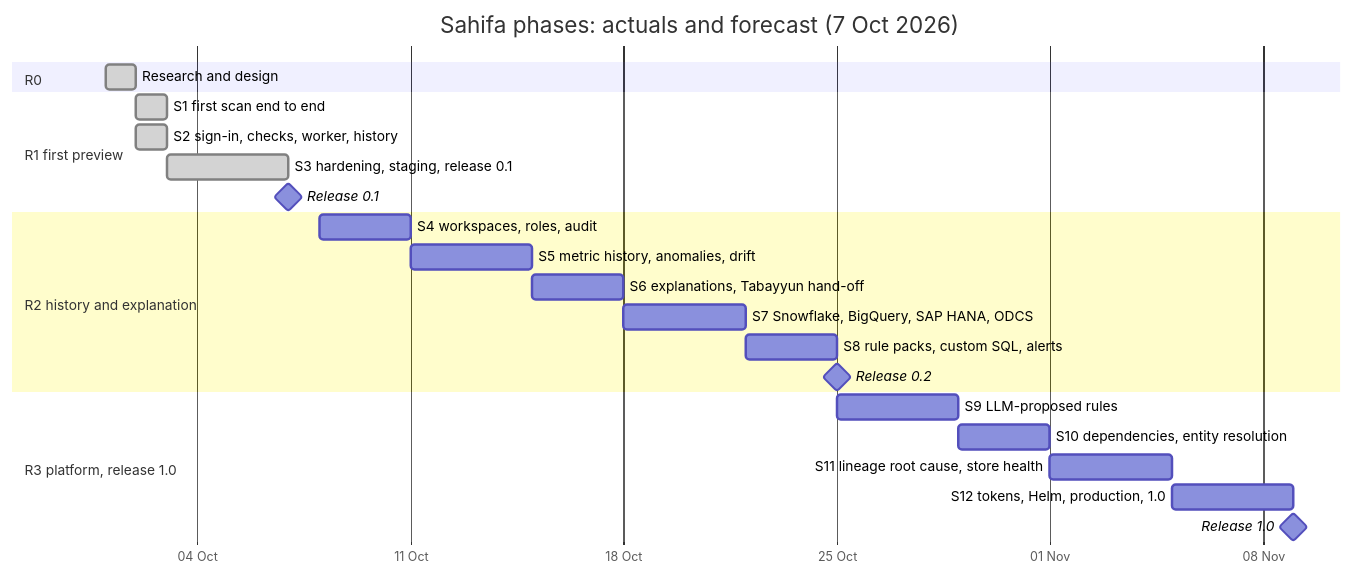
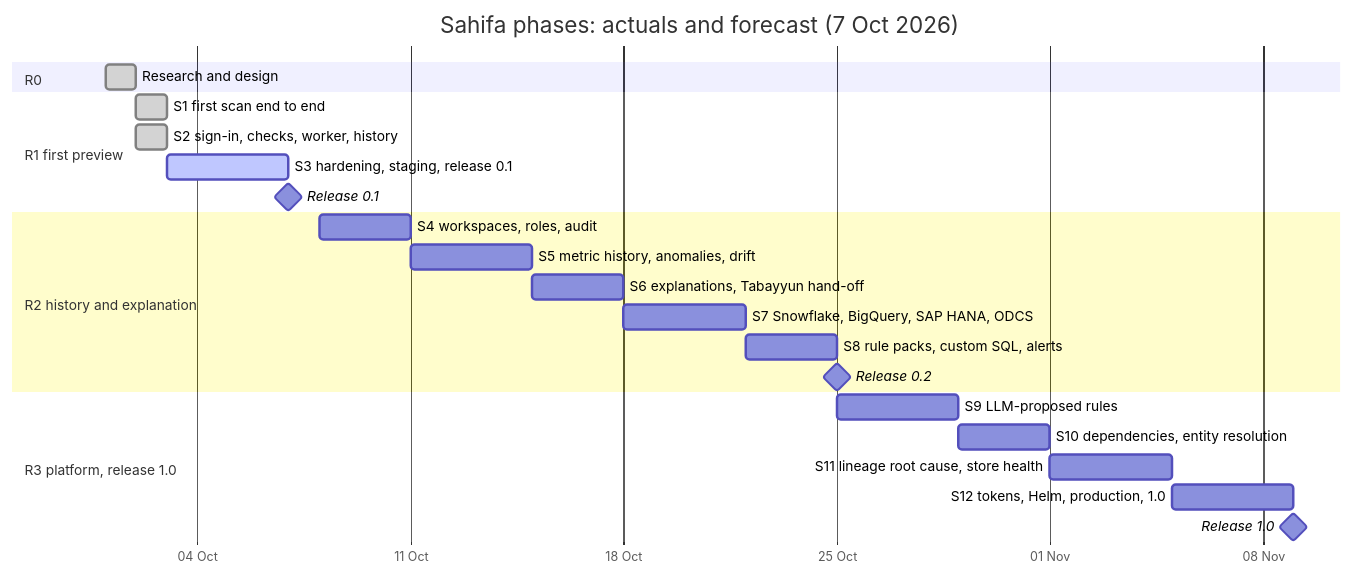
Before and after one commit to Sira-Labs/Sahifa: the diagram in docs/roadmap/roadmap.md, drawn with Mermaid. The commit also changed other lines of this file and 2 other files, not shown here.

First line of the commit message:
docs: release 0.1 in review until the tag; staging live, not yet checked by the owner

````diff
--- a/docs/roadmap/roadmap.md
+++ b/docs/roadmap/roadmap.md
@@ -56,26 +56,26 @@
 ```mermaid
 gantt
   title Sahifa phases: actuals and forecast (7 Oct 2026)
   dateFormat YYYY-MM-DD
   axisFormat %d %b
   section R0
   Research and design                      :done, r0, 2026-10-01, 2026-10-02
   section R1 first preview
   S1 first scan end to end                 :done, s1, 2026-10-02, 1d
   S2 sign-in, checks, worker, history      :done, s2, 2026-10-02, 2026-10-03
-  S3 hardening, staging, release 0.1       :done, s3, 2026-10-03, 2026-10-07
+  S3 hardening, staging, release 0.1       :active, s3, 2026-10-03, 2026-10-07
   Release 0.1                              :milestone, v01, 2026-10-07, 0d
   section R2 history and explanation
   S4 workspaces, roles, audit              :s4, 2026-10-08, 3d
   S5 metric history, anomalies, drift      :s5, after s4, 4d
   S6 explanations, Tabayyun hand-off       :s6, after s5, 3d
   S7 Snowflake, BigQuery, SAP HANA, ODCS   :s7, after s6, 4d
   S8 rule packs, custom SQL, alerts        :s8, after s7, 3d
   Release 0.2                              :milestone, v02, after s8, 0d
   section R3 platform, release 1.0
   S9 LLM-proposed rules                    :s9, after s8, 4d
   S10 dependencies, entity resolution      :s10, after s9, 3d
   S11 lineage root cause, store health     :s11, after s10, 4d
   S12 tokens, Helm, production, 1.0        :s12, after s11, 4d
   Release 1.0                              :milestone, v10, after s12, 0d
 ```
````
